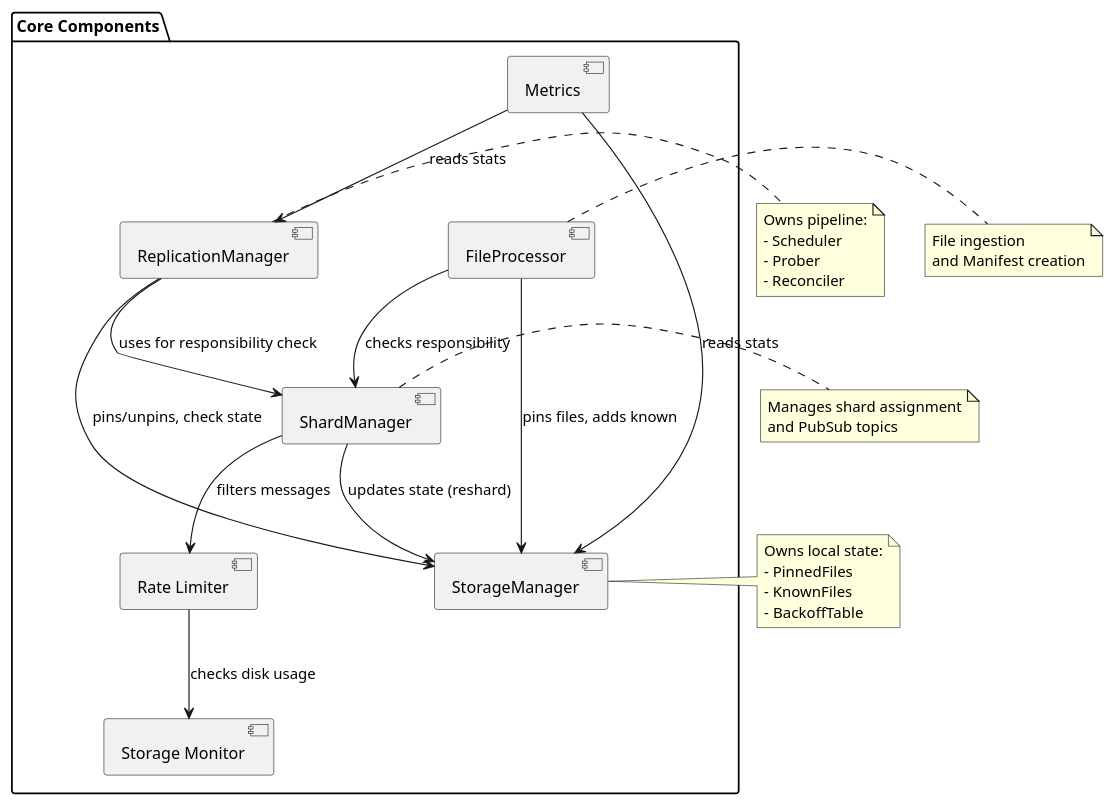
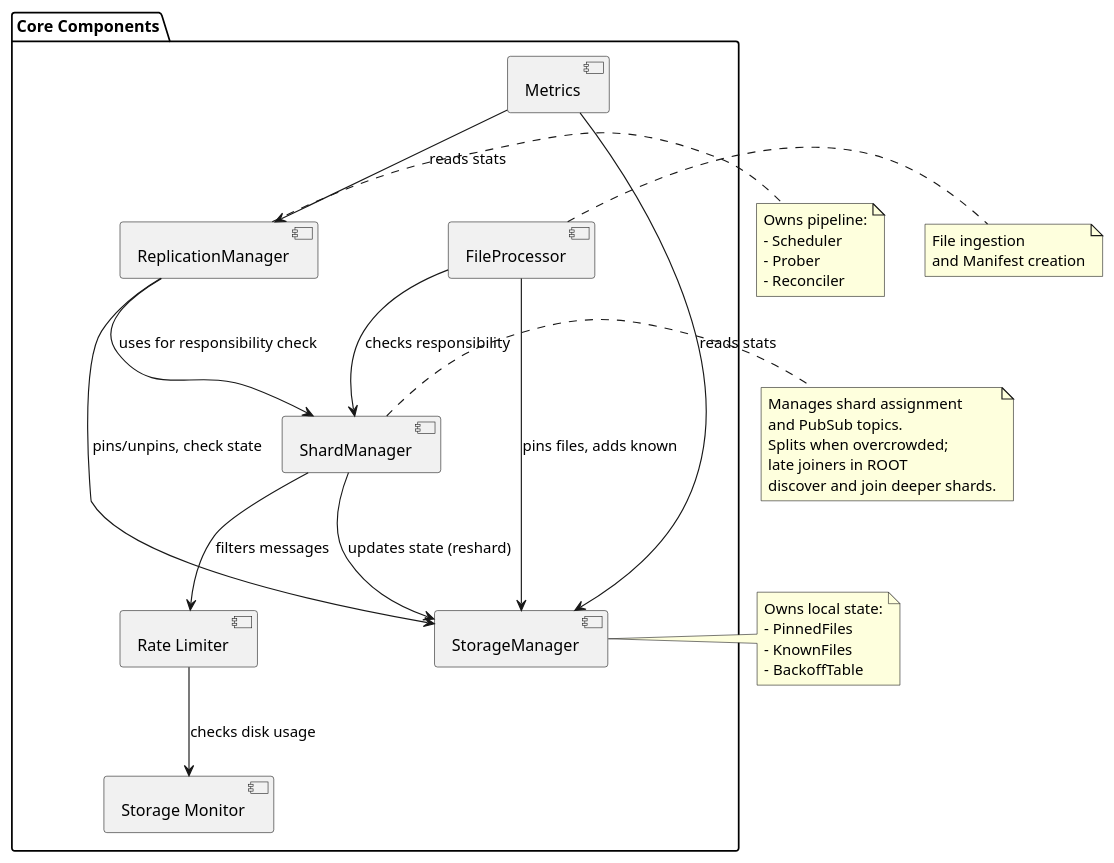
One commit to gipplab/D-LOCKSS changed the diagram in docs/component_diagram.puml. Above: the diagram before and after it, drawn with PlantUML. The commit also changed 58 other files, not shown here.

```diff
--- a/docs/component_diagram.puml
+++ b/docs/component_diagram.puml
@@ -1,47 +1,50 @@
 @startuml D-LOCKSS Component Diagram
 
 package "Core Components" {
     component "ShardManager" as ShardManager
     component "StorageManager" as StorageManager
     component "ReplicationManager" as ReplicationManager
     component "FileProcessor" as FileProcessor
     component Metrics
     component "Rate Limiter" as RateLimiter
     component "Storage Monitor" as StorageMonitor
 }
 
 ShardManager --> StorageManager : updates state (reshard)
 ReplicationManager --> StorageManager : pins/unpins, check state
 ReplicationManager --> ShardManager : uses for responsibility check
 FileProcessor --> StorageManager : pins files, adds known
 FileProcessor --> ShardManager : checks responsibility
 ShardManager --> RateLimiter : filters messages
 RateLimiter --> StorageMonitor : checks disk usage
 Metrics --> StorageManager : reads stats
 Metrics --> ReplicationManager : reads stats
 
 note right of ShardManager
     Manages shard assignment
-    and PubSub topics
+    and PubSub topics.
+    Splits when overcrowded;
+    late joiners in ROOT
+    discover and join deeper shards.
 end note
 
 note right of StorageManager
     Owns local state:
     - PinnedFiles
     - KnownFiles
     - BackoffTable
 end note
 
 note right of ReplicationManager
     Owns pipeline:
     - Scheduler
     - Prober
     - Reconciler
 end note
 
 note right of FileProcessor
     File ingestion
     and Manifest creation
 end note
 
 @enduml
```
